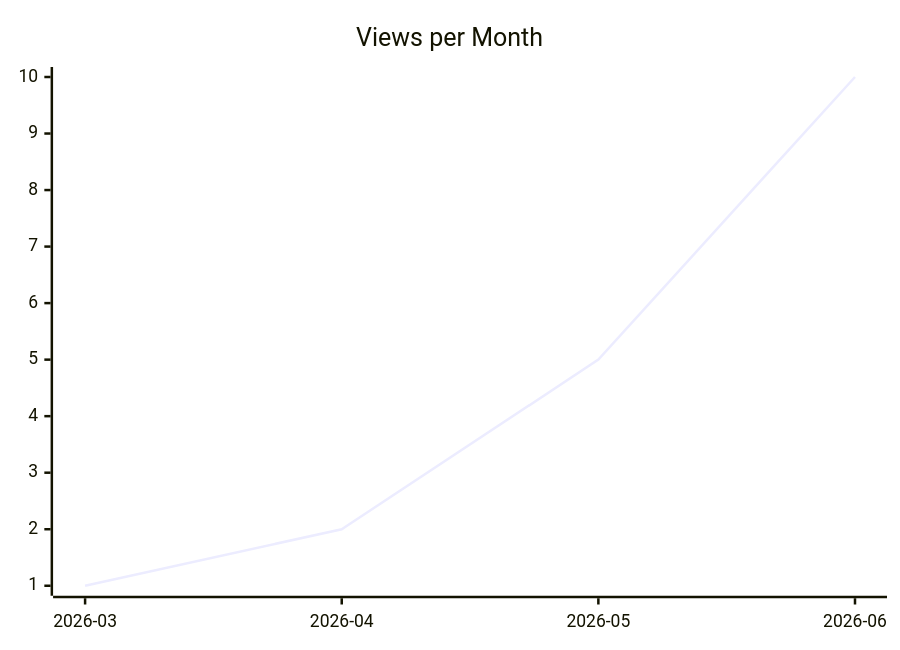
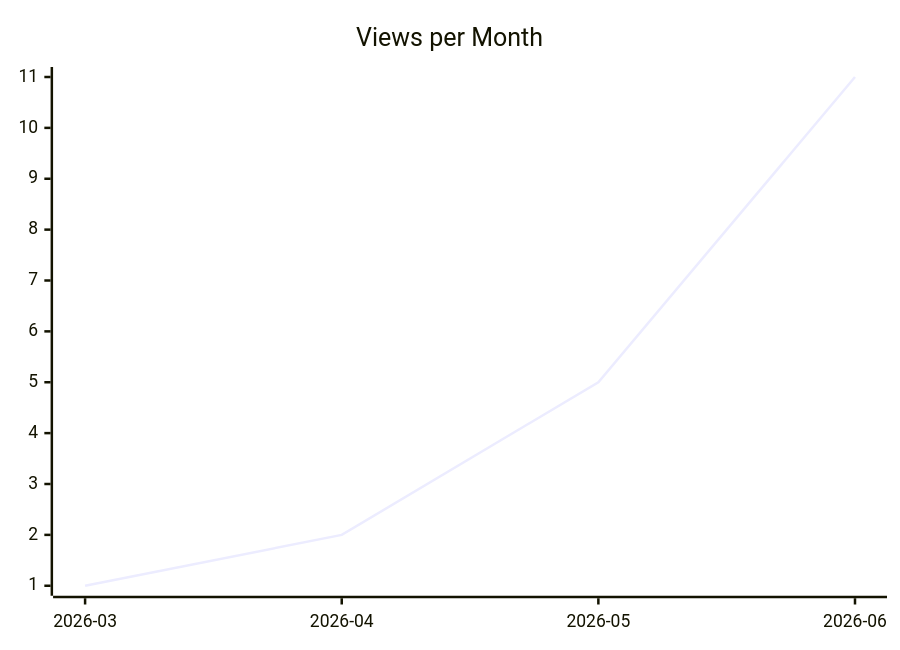
The second of 3 diagrams in karlmdavis/justdavis-ansible/README.md (justdavis-family/github-analytics-data), drawn with Mermaid before and after one commit. The commit also changed other lines of this file and 197 other files, not shown here.

````diff
--- a/karlmdavis/justdavis-ansible/README.md
+++ b/karlmdavis/justdavis-ansible/README.md
@@ -12,6 +12,6 @@
 ```mermaid
 xychart-beta
   title "Views per Month"
   x-axis ["2026-03", "2026-04", "2026-05", "2026-06"]
-  line [1, 2, 5, 10]
+  line [1, 2, 5, 11]
 ```
````
